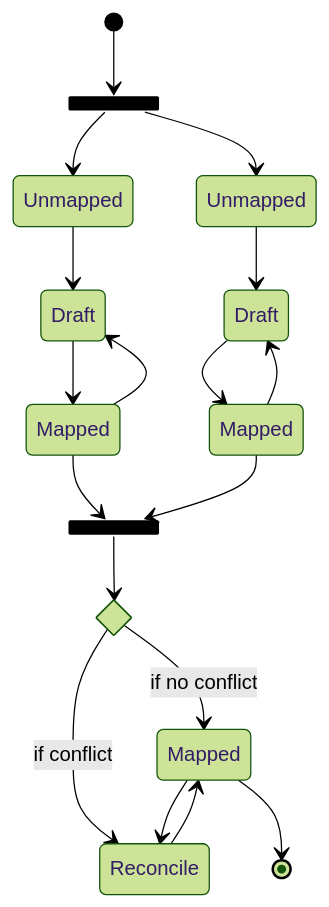
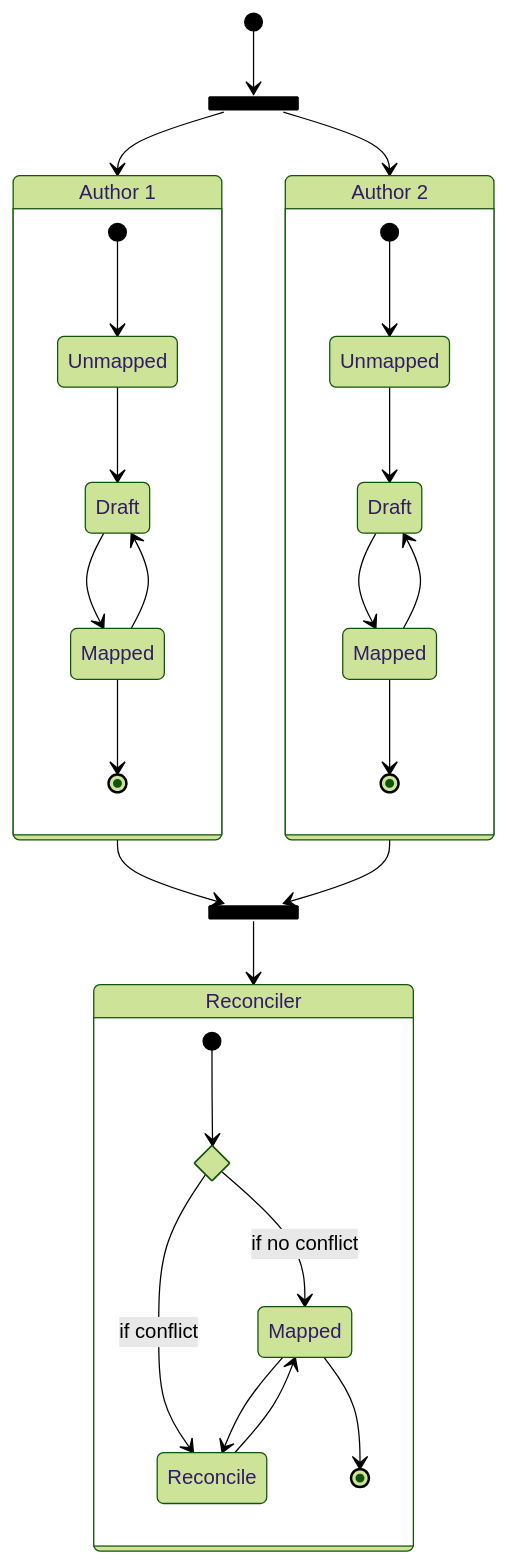
One commit to aehrc/snap2snomed changed the fourth of 5 diagrams in workflow.md. Above: the diagram before and after it, drawn with Mermaid (forest theme). The commit also changed other lines of this file, not shown here.

Commit message:
Enhanced? diagrams with role states

````diff
--- a/workflow.md
+++ b/workflow.md
@@ -49,34 +86,50 @@
 ```mermaid
 stateDiagram-v2
    direction TB
    state fork_state <<fork>>
    state join_state <<join>>
    state if_conflict <<choice>>
+
+   A1: Author 1
+   A2: Author 2
+   R: Reconciler
 
    U1: Unmapped
    U2: Unmapped
    D1: Draft
    D2: Draft
    M1: Mapped
    M2: Mapped
    M: Mapped
    C: Reconcile
 
    [*] --> fork_state
-   fork_state --> U1
-   fork_state --> U2
+   fork_state --> A1
+   fork_state --> A2
+ state A1 {
+   [*] --> U1
    U1 --> D1
    D1 --> M1
    M1 --> D1
-   M1 --> join_state
+   M1 --> [*]
+ }
+   A1 --> join_state
+ state A2 {
+   [*] --> U2
    U2 --> D2
    D2 --> M2
    M2 --> D2
-   M2 --> join_state
-   join_state --> if_conflict
+   M2 --> [*]
+ }
+   A2 --> join_state
+   join_state --> R
+
+ state R {
+   [*] --> if_conflict
    if_conflict --> M: if no conflict
    if_conflict --> C: if conflict
    C --> M
    M --> C
    M --> [*]
+ }
 ```
````
